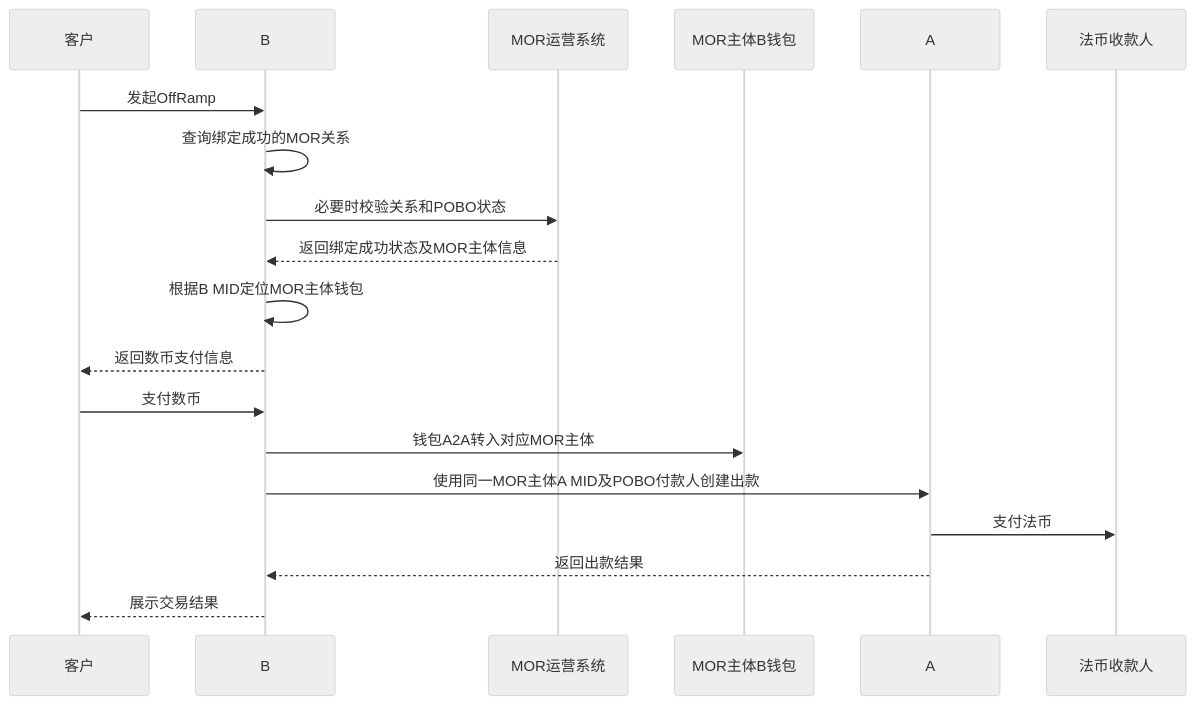
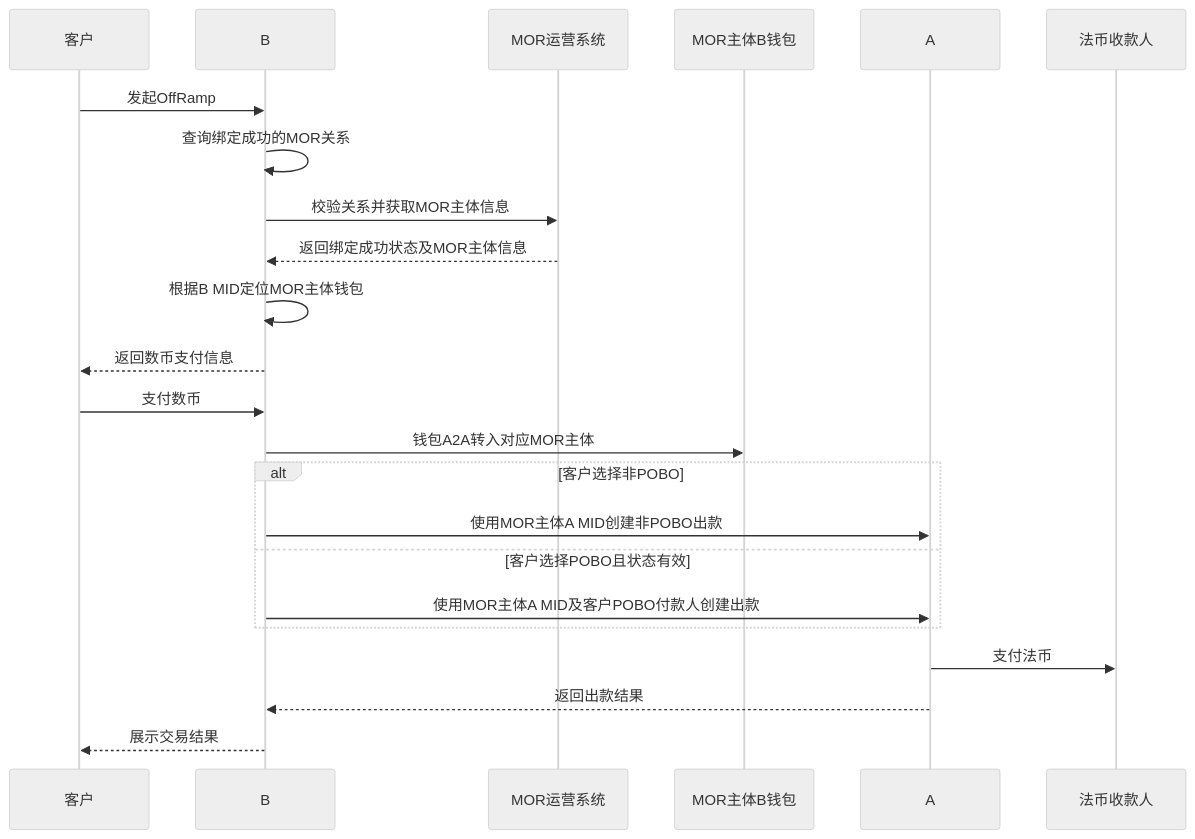
The fifth of 5 diagrams in MORSolutions/解决方案/MOR模式-运营主体SP最终方案.md (xiaoxiaoangie/EX-NEW), drawn with Mermaid (neutral theme) before and after one commit. The commit also changed other lines of this file and 16 other files, not shown here.

````diff
--- a/MORSolutions/解决方案/MOR模式-运营主体SP最终方案.md
+++ b/MORSolutions/解决方案/MOR模式-运营主体SP最终方案.md
@@ -382,22 +378,26 @@
 ```mermaid
 sequenceDiagram
     participant C as 客户
     participant B as B
     participant OPS as MOR运营系统
     participant MW as MOR主体B钱包
     participant A as A
     participant P as 法币收款人
 
     C->>B: 发起OffRamp
     B->>B: 查询绑定成功的MOR关系
-    B->>OPS: 必要时校验关系和POBO状态
+    B->>OPS: 校验关系并获取MOR主体信息
     OPS-->>B: 返回绑定成功状态及MOR主体信息
     B->>B: 根据B MID定位MOR主体钱包
     B-->>C: 返回数币支付信息
     C->>B: 支付数币
     B->>MW: 钱包A2A转入对应MOR主体
-    B->>A: 使用同一MOR主体A MID及POBO付款人创建出款
+    alt 客户选择非POBO
+        B->>A: 使用MOR主体A MID创建非POBO出款
+    else 客户选择POBO且状态有效
+        B->>A: 使用MOR主体A MID及客户POBO付款人创建出款
+    end
     A->>P: 支付法币
     A-->>B: 返回出款结果
     B-->>C: 展示交易结果
 ```
````
